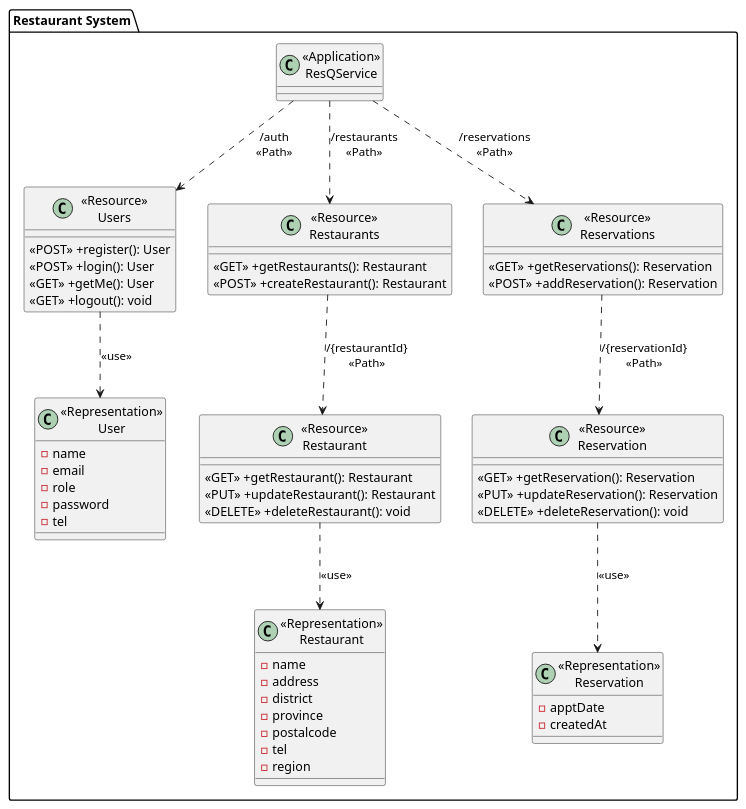
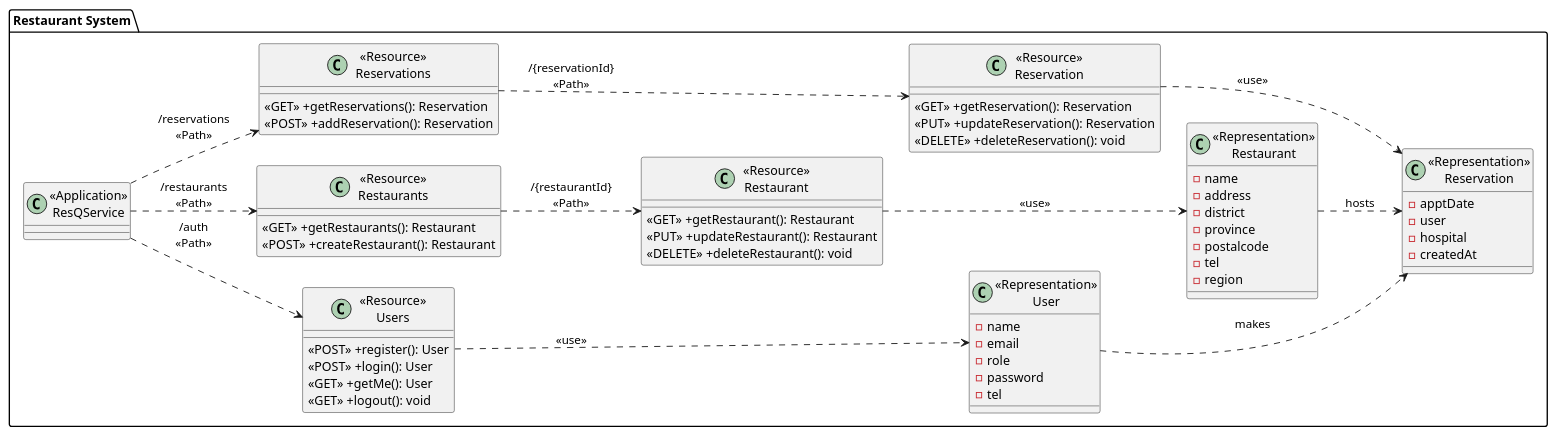
One commit to 2110503TACEDT66/presentation-day-1-bp changed the diagram in diagram/ResQclass.puml. Above: the diagram before and after it, drawn with PlantUML. The commit also changed 1 other file, not shown here.

```diff
--- a/diagram/ResQclass.puml
+++ b/diagram/ResQclass.puml
@@ -1,69 +1,74 @@
 @startuml
-top to bottom direction
+left to right direction
 package "Restaurant System" {
     class "<<Application>>\nResQService" as ResQService {}
 
     class "<<Resource>>\nUsers" as ResourceUsers {
         <<POST>> +register(): User
         <<POST>> +login(): User
         <<GET>> +getMe(): User
         <<GET>> +logout(): void
     }
 
     class "<<Representation>>\nUser" as RepresentationUser {
         -name
         -email
         -role
         -password
         -tel
     }
 
     class "<<Resource>>\nRestaurants" as ResourceRestaurants {
         <<GET>> +getRestaurants(): Restaurant
         <<POST>> +createRestaurant(): Restaurant
     }
 
     class "<<Resource>>\nRestaurant" as ResourceRestaurant {
         <<GET>> +getRestaurant(): Restaurant
         <<PUT>> +updateRestaurant(): Restaurant
         <<DELETE>> +deleteRestaurant(): void
     }
 
     class "<<Representation>>\nRestaurant" as RepresentationRestaurant {
         -name
         -address
         -district
         -province
         -postalcode
         -tel
         -region
     }
 
     class "<<Resource>>\nReservations" as ResourceReservations {
         <<GET>> +getReservations(): Reservation
         <<POST>> +addReservation(): Reservation
     }
 
     class "<<Resource>>\nReservation" as ResourceReservation {
         <<GET>> +getReservation(): Reservation
         <<PUT>> +updateReservation(): Reservation
         <<DELETE>> +deleteReservation(): void
     }
 
     class "<<Representation>>\nReservation" as RepresentationReservation {
         -apptDate
+        -user
+        -hospital
         -createdAt
     }
 }
 
 ResQService ..> ResourceUsers : "/auth\n<<Path>>"
 ResourceUsers ..> RepresentationUser : "<<use>>"
 
 ResQService ..> ResourceRestaurants : "/restaurants\n<<Path>>"
 ResourceRestaurants ..> ResourceRestaurant : "/{restaurantId}\n<<Path>>"
 ResourceRestaurant ..> RepresentationRestaurant : "<<use>>"
 
 ResQService ..> ResourceReservations : "/reservations\n<<Path>>"
 ResourceReservations ..> ResourceReservation : "/{reservationId}\n<<Path>>"
 ResourceReservation ..> RepresentationReservation : "<<use>>"
+
+RepresentationUser ..> RepresentationReservation : "makes"
+RepresentationRestaurant ..> RepresentationReservation : "hosts"
 @enduml
```
